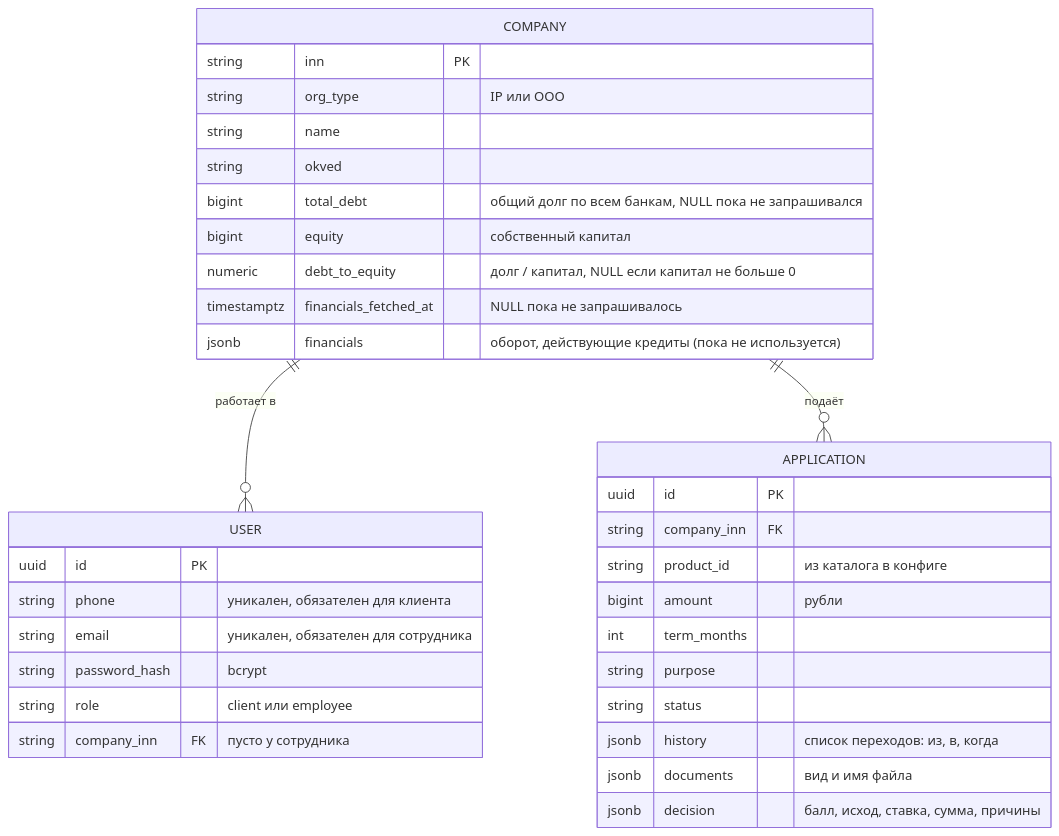
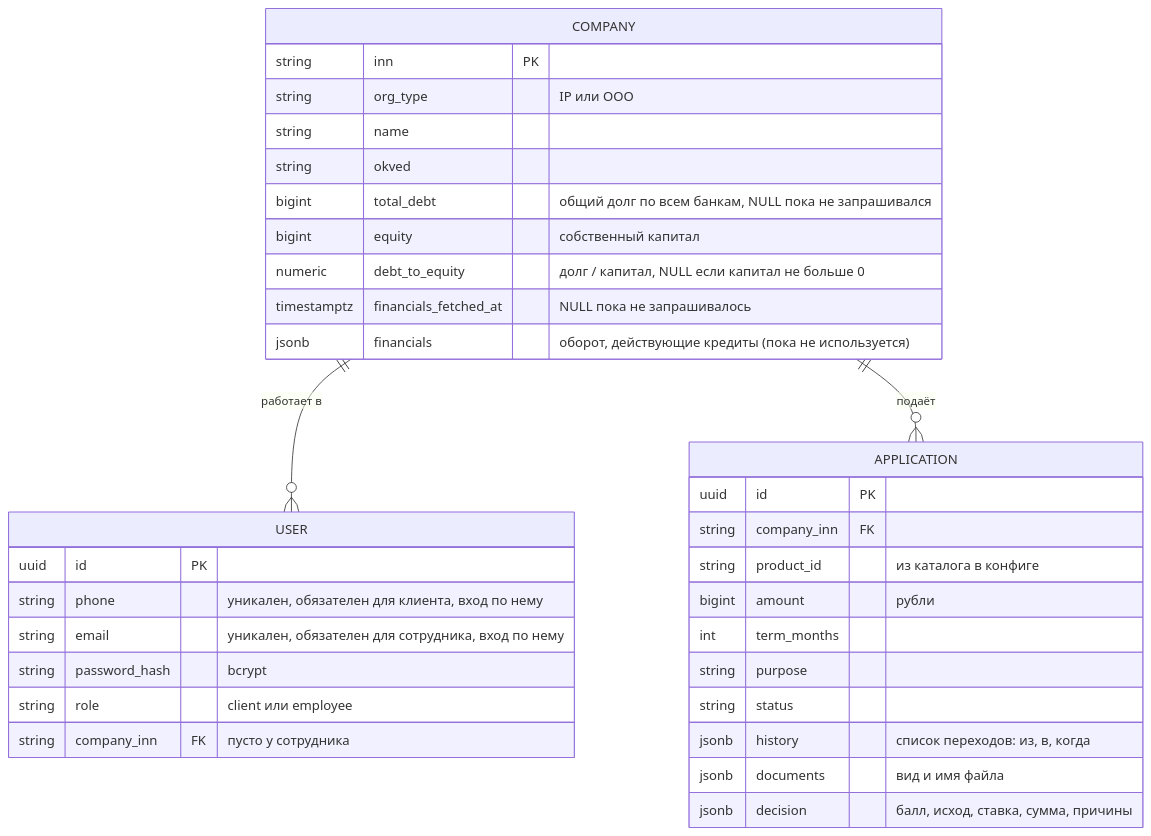
The diagram in docs/data-model.md (rudast/alpha-hack-2026), drawn with Mermaid before and after one commit. The commit also changed other lines of this file and 10 other files, not shown here.

First line of the commit message:
Разрешить вход по телефону или по почте для клиента и сотрудника

````diff
--- a/docs/data-model.md
+++ b/docs/data-model.md
@@ -7,37 +7,37 @@
 ```mermaid
 erDiagram
     COMPANY ||--o{ USER : "работает в"
     COMPANY ||--o{ APPLICATION : "подаёт"
 
     COMPANY {
         string inn PK
         string org_type "IP или OOO"
         string name
         string okved
         bigint total_debt "общий долг по всем банкам, NULL пока не запрашивался"
         bigint equity "собственный капитал"
         numeric debt_to_equity "долг / капитал, NULL если капитал не больше 0"
         timestamptz financials_fetched_at "NULL пока не запрашивалось"
         jsonb financials "оборот, действующие кредиты (пока не используется)"
     }
     USER {
         uuid id PK
-        string phone "уникален, обязателен для клиента"
-        string email "уникален, обязателен для сотрудника"
+        string phone "уникален, обязателен для клиента, вход по нему"
+        string email "уникален, обязателен для сотрудника, вход по нему"
         string password_hash "bcrypt"
         string role "client или employee"
         string company_inn FK "пусто у сотрудника"
     }
     APPLICATION {
         uuid id PK
         string company_inn FK
         string product_id "из каталога в конфиге"
         bigint amount "рубли"
         int term_months
         string purpose
         string status
         jsonb history "список переходов: из, в, когда"
         jsonb documents "вид и имя файла"
         jsonb decision "балл, исход, ставка, сумма, причины"
     }
 ```
````
